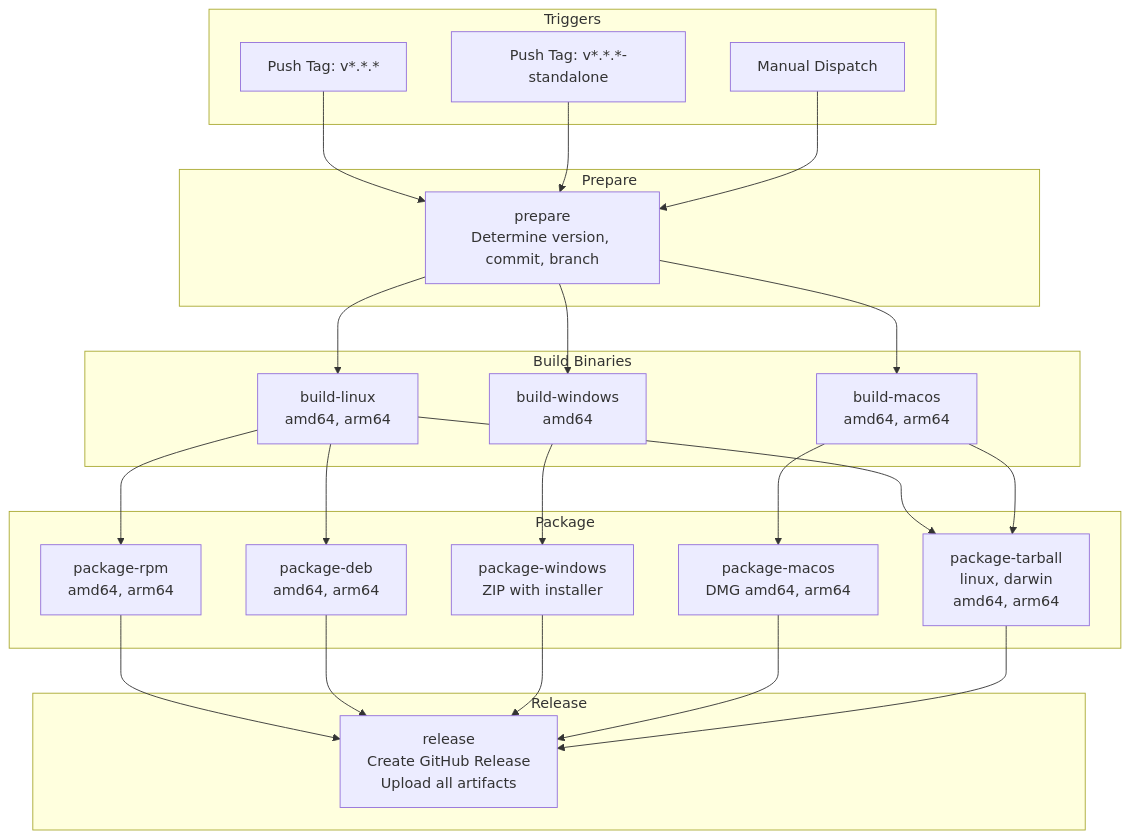
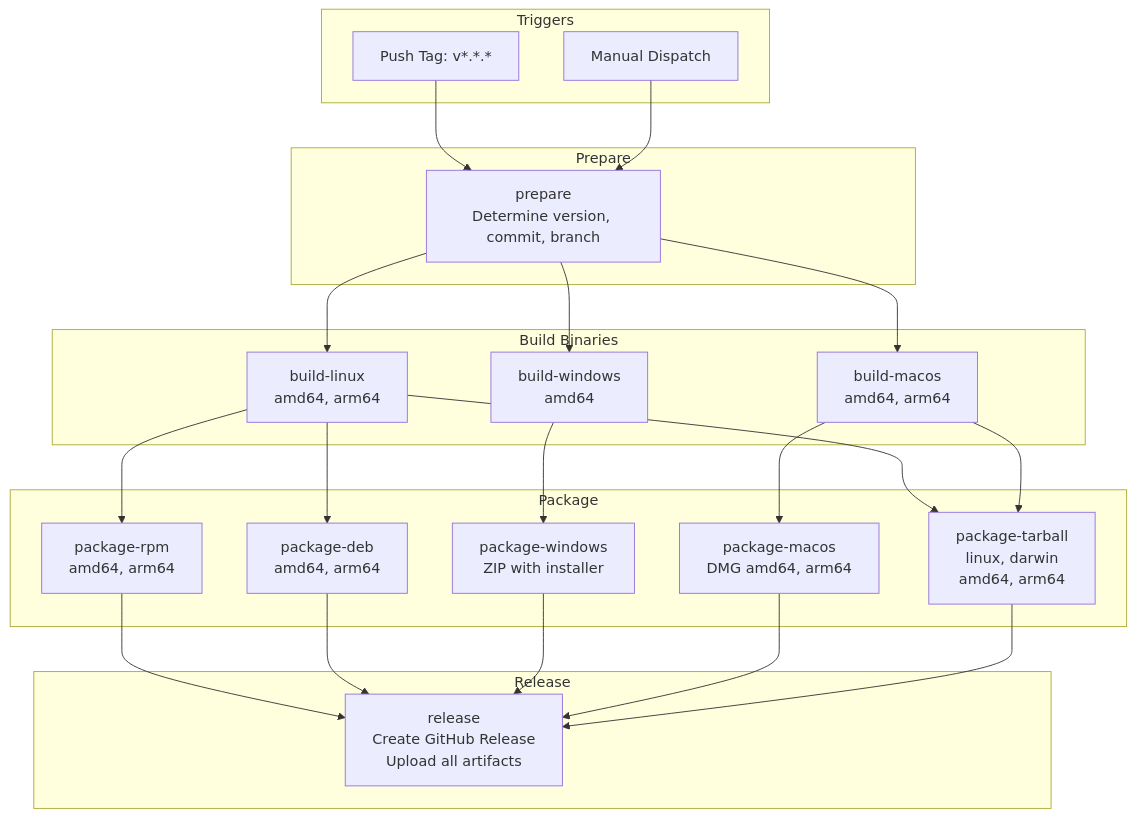
One commit to telemetryflow/telemetryflow-collector changed the fourth of 13 diagrams in docs/GITHUB-WORKFLOWS.md. Above: the diagram before and after it, drawn with Mermaid. The commit also changed other lines of this file and 126 other files, not shown here.

````diff
--- a/docs/GITHUB-WORKFLOWS.md
+++ b/docs/GITHUB-WORKFLOWS.md
@@ -295,51 +126,49 @@
 ```mermaid
 flowchart TD
     subgraph "Triggers"
         T1[Push Tag: v*.*.*]
-        T2[Push Tag: v*.*.*-standalone]
-        T3[Manual Dispatch]
+        T2[Manual Dispatch]
     end
 
     subgraph "Prepare"
         P[prepare<br/>Determine version, commit, branch]
     end
 
     subgraph "Build Binaries"
         BL[build-linux<br/>amd64, arm64]
         BW[build-windows<br/>amd64]
         BM[build-macos<br/>amd64, arm64]
     end
 
     subgraph "Package"
         PR[package-rpm<br/>amd64, arm64]
         PD[package-deb<br/>amd64, arm64]
         PW[package-windows<br/>ZIP with installer]
         PM[package-macos<br/>DMG amd64, arm64]
         PT[package-tarball<br/>linux, darwin<br/>amd64, arm64]
     end
 
     subgraph "Release"
         R[release<br/>Create GitHub Release<br/>Upload all artifacts]
     end
 
     T1 --> P
     T2 --> P
-    T3 --> P
 
     P --> BL
     P --> BW
     P --> BM
 
     BL --> PR
     BL --> PD
     BL --> PT
     BW --> PW
     BM --> PM
     BM --> PT
 
     PR --> R
     PD --> R
     PW --> R
     PM --> R
     PT --> R
 ```
````
